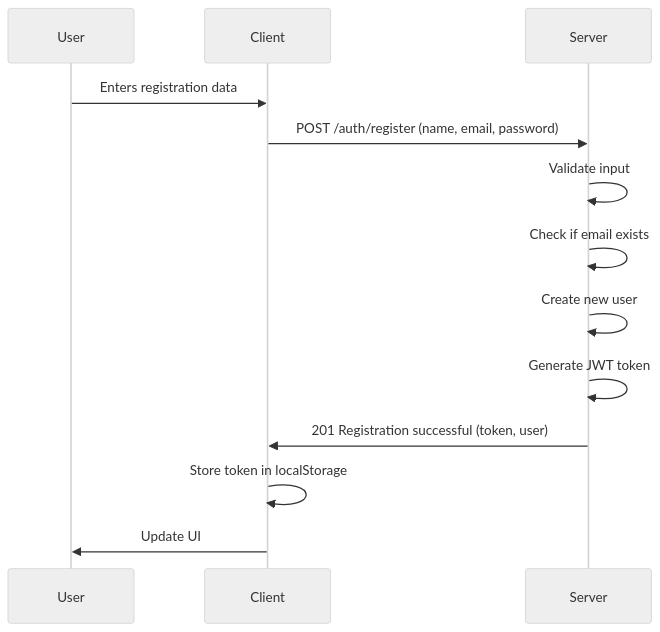
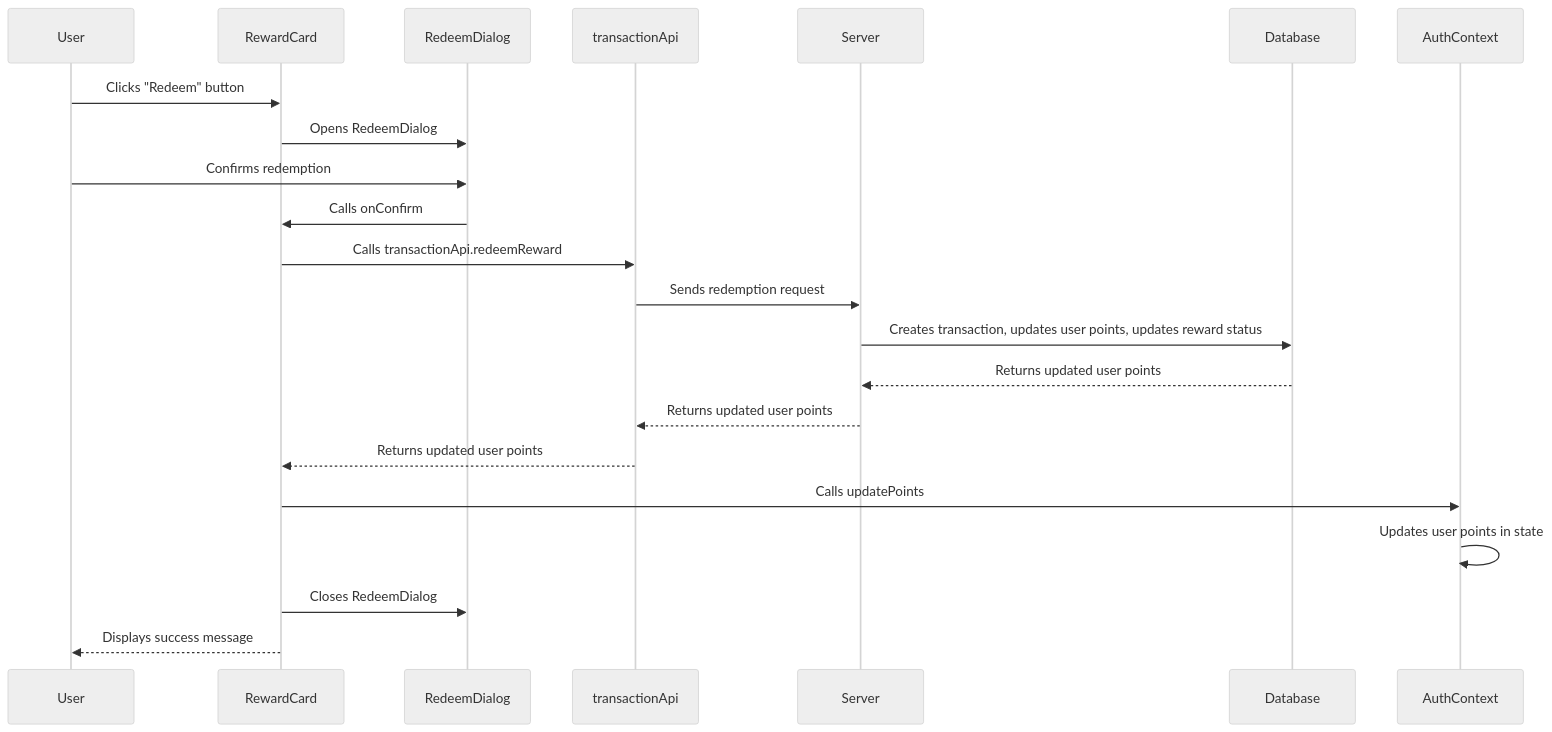
The second of 12 diagrams in README.md (sreecharan-desu/reXa), drawn with Mermaid (neutral theme) before and after one commit. The commit also changed other lines of this file, not shown here.

````diff
--- a/README.md
+++ b/README.md
@@ -1147,15 +111,25 @@
 ```mermaid
 sequenceDiagram
     participant User
-    participant Client
+    participant RewardCard
+    participant RedeemDialog
+    participant transactionApi
     participant Server
-    User->>Client: Enters registration data
-    Client->>Server: POST /auth/register (name, email, password)
-    Server->>Server: Validate input
-    Server->>Server: Check if email exists
-    Server->>Server: Create new user
-    Server->>Server: Generate JWT token
-    Server->>Client: 201 Registration successful (token, user)
-    Client->>Client: Store token in localStorage
-    Client->>User: Update UI
+    participant Database
+    participant AuthContext
+
+    User->>RewardCard: Clicks "Redeem" button
+    RewardCard->>RedeemDialog: Opens RedeemDialog
+    User->>RedeemDialog: Confirms redemption
+    RedeemDialog->>RewardCard: Calls onConfirm
+    RewardCard->>transactionApi: Calls transactionApi.redeemReward
+    transactionApi->>Server: Sends redemption request
+    Server->>Database: Creates transaction, updates user points, updates reward status
+    Database-->>Server: Returns updated user points
+    Server-->>transactionApi: Returns updated user points
+    transactionApi-->>RewardCard: Returns updated user points
+    RewardCard->>AuthContext: Calls updatePoints
+    AuthContext->>AuthContext: Updates user points in state
+    RewardCard->>RedeemDialog: Closes RedeemDialog
+    RewardCard-->>User: Displays success message
 ```
````
